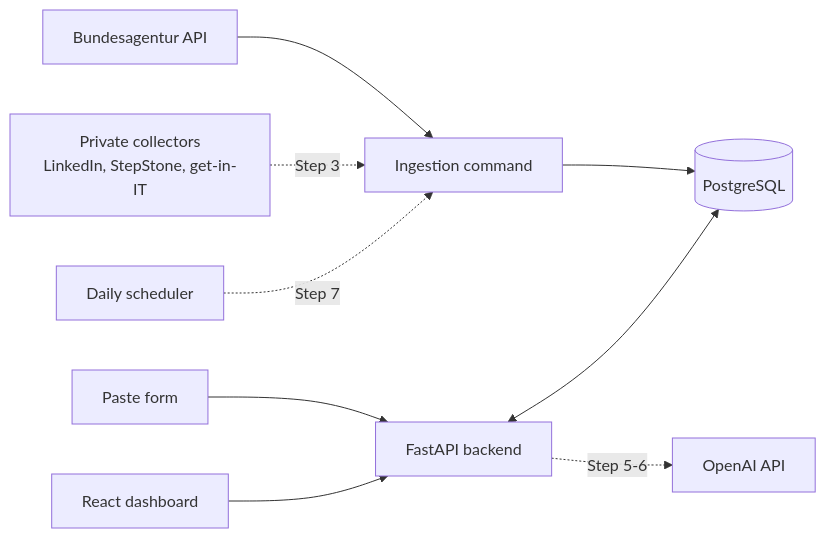
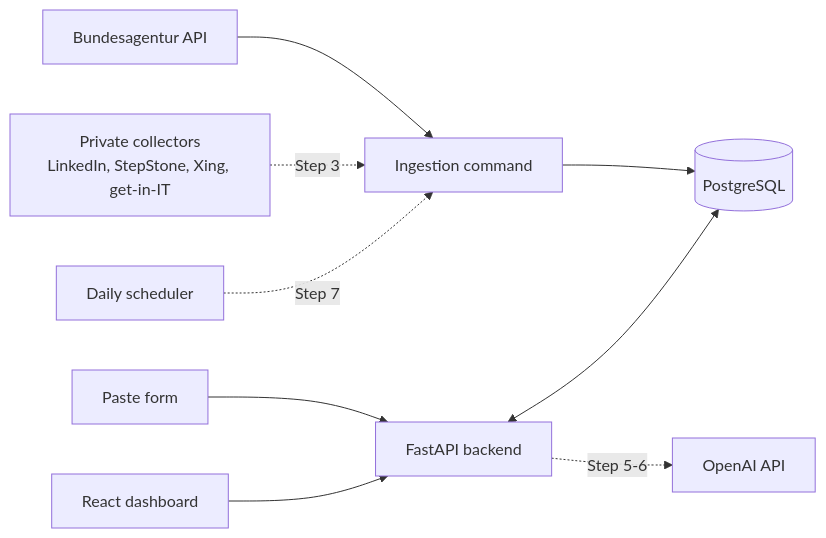
Before and after one commit to H76Rezaei/job-intelligence-assistant: the diagram in docs/architecture.md, drawn with Mermaid. The commit also changed 4 other files, not shown here.

Commit message:
Add Xing to the Step 3 collectors

````diff
--- a/docs/architecture.md
+++ b/docs/architecture.md
@@ -3,11 +3,11 @@
 ```mermaid
 flowchart LR
     BA[Bundesagentur API] --> Ingest[Ingestion command]
     Paste[Paste form] --> API
-    Collectors[Private collectors<br/>LinkedIn, StepStone, get-in-IT] -.Step 3.-> Ingest
+    Collectors[Private collectors<br/>LinkedIn, StepStone, Xing, get-in-IT] -.Step 3.-> Ingest
     Ingest --> DB[(PostgreSQL)]
     API[FastAPI backend] <--> DB
     UI[React dashboard] --> API
     Scheduler[Daily scheduler] -.Step 7.-> Ingest
     API -.Step 5-6.-> LLM[OpenAI API]
 ```
````
